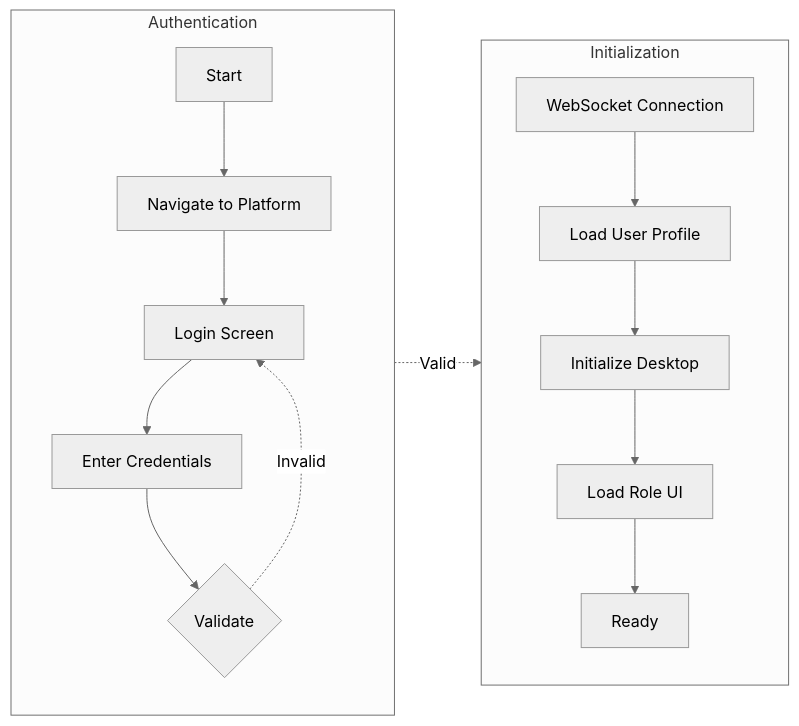
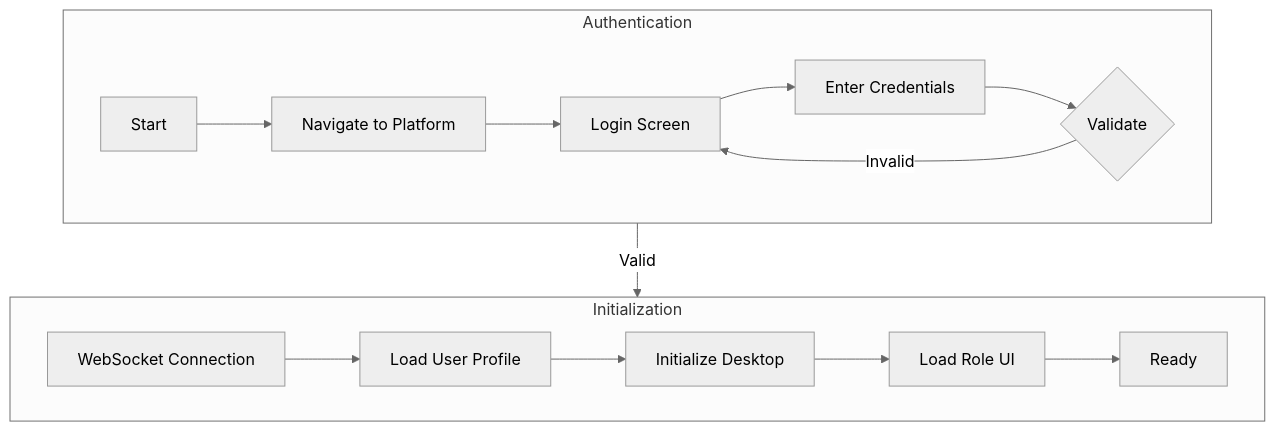
Before and after one commit to RoundRobinHood/cogniflight-cloud: the first of 10 diagrams in docs/SEN3781_Assignment4_Information_Architecture_Report.md, drawn with Mermaid (neutral theme). The commit also changed other lines of this file, not shown here.

Commit message:
improved diagram readability

````diff
--- a/docs/SEN3781_Assignment4_Information_Architecture_Report.md
+++ b/docs/SEN3781_Assignment4_Information_Architecture_Report.md
@@ -134,19 +134,15 @@
 ```mermaid
-flowchart LR
+flowchart TB
     subgraph s1["Authentication"]
-        direction TB
-        A[Start] --> B[Navigate to Platform]
-        B --> C[Login Screen]
-        C --> D[Enter Credentials]
-        D --> E{Validate}
+        direction LR
+        A[Start] --> B[Navigate to Platform] --> C[Login Screen]
+        C --> D[Enter Credentials] --> E{Validate}
     end
     subgraph s2["Initialization"]
-        direction TB
-        F[WebSocket Connection] --> G[Load User Profile]
-        G --> H[Initialize Desktop]
-        H --> I[Load Role UI]
-        I --> J[Ready]
+        direction LR
+        F[WebSocket Connection] --> G[Load User Profile] --> H[Initialize Desktop]
+        H --> I[Load Role UI] --> J[Ready]
     end
-    E -.->|Valid| F
-    E -.->|Invalid| C
+    E -->|Valid| F
+    E -->|Invalid| C
 ```
````
